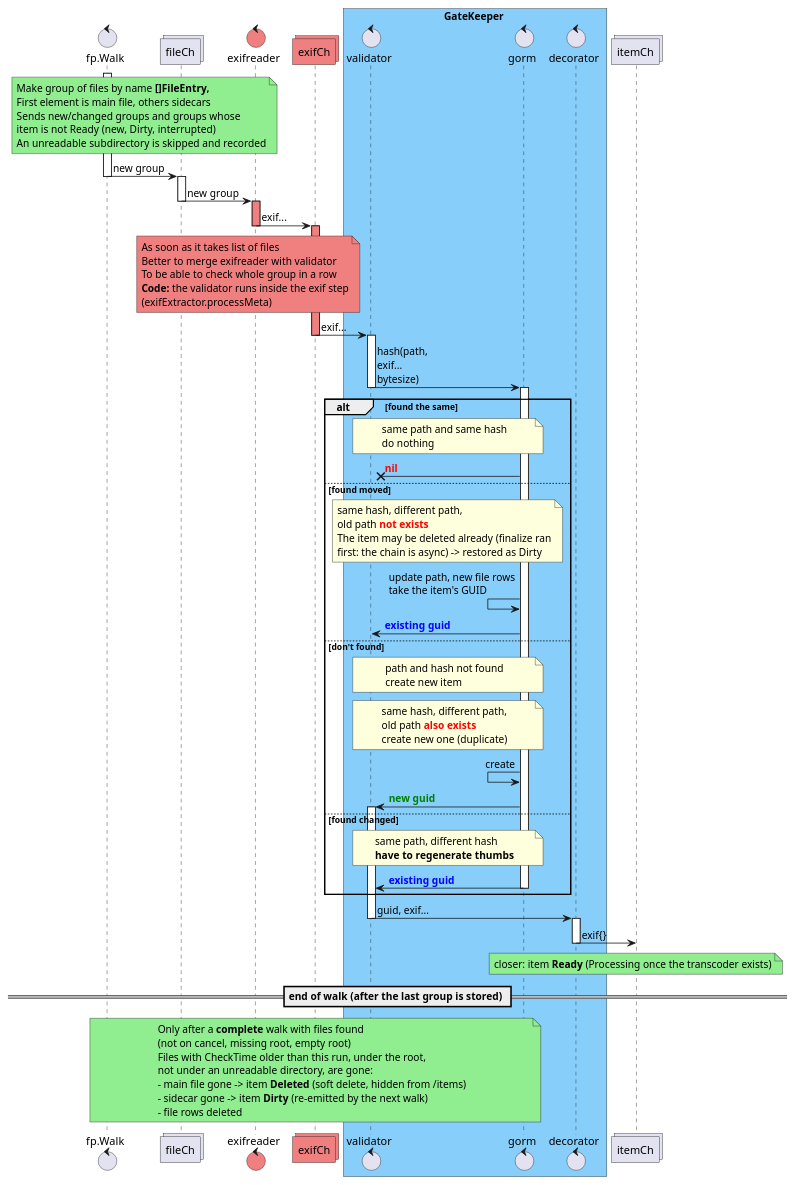
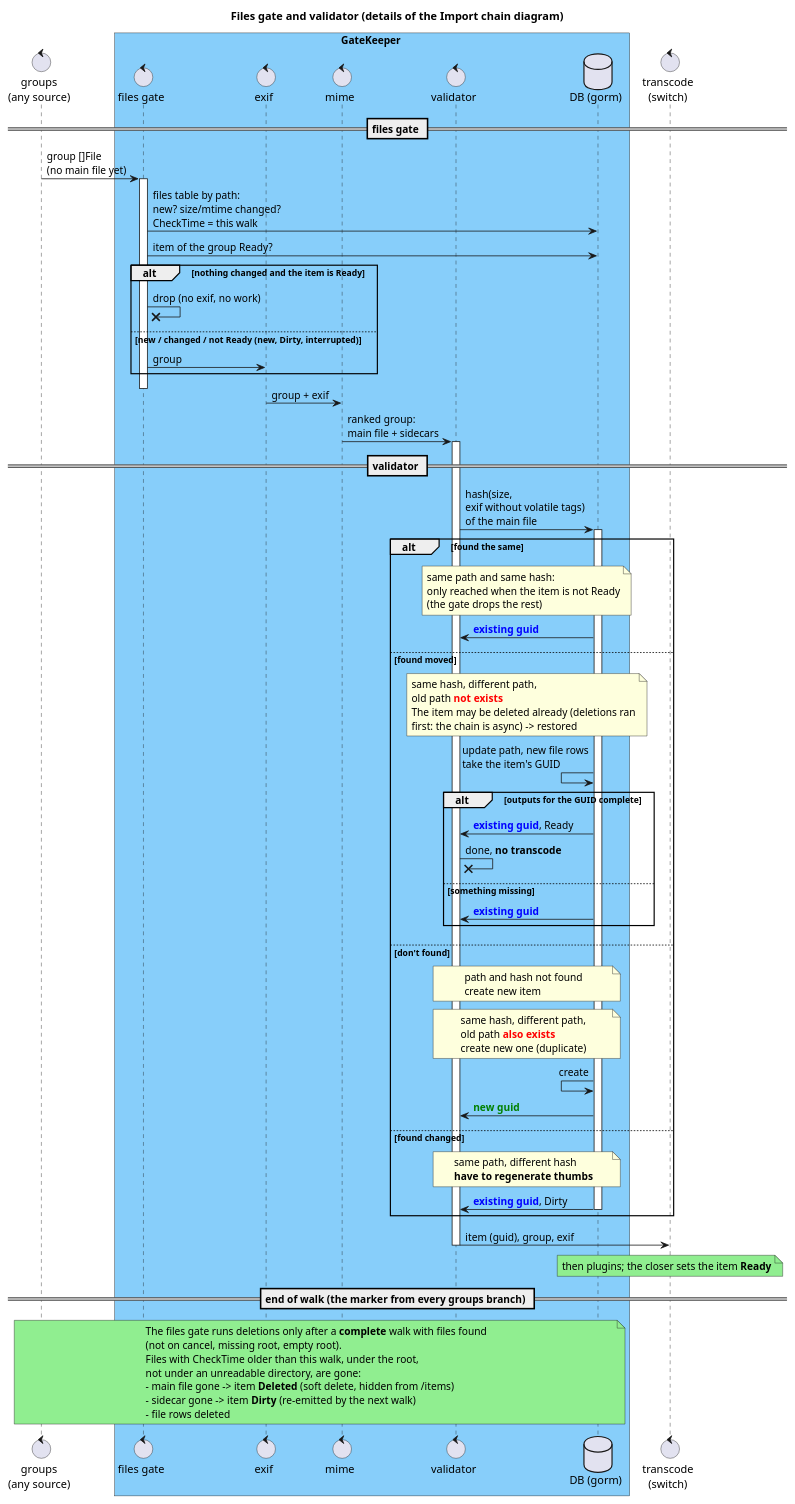
The diagram in _sb/puml/Walker.puml (eggs-gd/Perceptrail), drawn with PlantUML before and after one commit. The commit also changed 4 other files, not shown here.

Commit message:
design: import chain as small steps (Import chain.puml), gate/validator details, roadmap C1–C7

```diff
--- a/_sb/puml/Walker.puml
+++ b/_sb/puml/Walker.puml
@@ -1,106 +1,100 @@
 @startuml Walker and validating
 
-control fp.Walk
-collections fileCh
+!pragma teoz true
 
-control exifreader #LightCoral
-collections exifCh #LightCoral
+title Files gate and validator (details of the Import chain diagram)
 
+control "groups\n(any source)" as Groups
 box GateKeeper #LightSkyBlue
-control validator
-control gorm
-control decorator
+control "files gate" as Gate
+control "exif" as Exif
+control "mime" as Mime
+control "validator" as Validator
+database "DB (gorm)" as DB
 end box
-collections itemCh
+control "transcode\n(switch)" as Transcode
 
+== files gate ==
 
-activate fp.Walk
-note over fp.Walk, fileCh #LightGreen
-Make group of files by name <b>[]FileEntry,
-First element is main file, others sidecars
-Sends new/changed groups and groups whose
-item is not Ready (new, Dirty, interrupted)
-An unreadable subdirectory is skipped and recorded
-end note
-fp.Walk -> fileCh: new group
-deactivate fp.Walk
-activate fileCh
-fileCh -> exifreader: new group
-deactivate fileCh
-activate exifreader #LightCoral
-exifreader -> exifCh: exif...
-note over fileCh, exifCh #LightCoral
-As soon as it takes list of files
-Better to merge exifreader with validator
-To be able to check whole group in a row
-<b>Code:</b> the validator runs inside the exif step
-(exifExtractor.processMeta)
-end note
-deactivate exifreader
-activate exifCh #LightCoral
-exifCh -> validator: exif...
-deactivate exifCh
-activate validator
+Groups -> Gate: group []File\n(no main file yet)
+activate Gate
+Gate -> DB: files table by path:\nnew? size/mtime changed?\nCheckTime = this walk
+Gate -> DB: item of the group Ready?
+alt nothing changed and the item is Ready
+    Gate ->x Gate: drop (no exif, no work)
+else new / changed / not Ready (new, Dirty, interrupted)
+    Gate -> Exif: group
+end
+deactivate Gate
 
-validator -> gorm: hash(path,\nexif...\nbytesize)
-deactivate validator
-activate gorm
+Exif -> Mime: group + exif
+Mime -> Validator: ranked group:\nmain file + sidecars
+activate Validator
+
+== validator ==
+
+Validator -> DB: hash(size,\nexif without volatile tags)\nof the main file
+activate DB
 
 alt found the same
-    note over validator, gorm: same path and same hash\ndo nothing
-    gorm ->x validator: <font color=red><b>nil
+    note over Validator, DB
+    same path and same hash:
+    only reached when the item is not Ready
+    (the gate drops the rest)
+    end note
+    DB -> Validator: <font color=blue><b>existing guid
 
 else found moved
-    note over validator, gorm
+    note over Validator, DB
     same hash, different path,
     old path <b><font color=red>not exists
-    The item may be deleted already (finalize ran
-    first: the chain is async) -> restored as Dirty
+    The item may be deleted already (deletions ran
+    first: the chain is async) -> restored
     end note
-    gorm <- gorm: update path, new file rows\ntake the item's GUID
-    gorm -> validator: <font color=blue><b>existing guid
+    DB <- DB: update path, new file rows\ntake the item's GUID
+    alt outputs for the GUID complete
+        DB -> Validator: <font color=blue><b>existing guid</b></font>, Ready
+        Validator ->x Validator: done, <b>no transcode
+    else something missing
+        DB -> Validator: <font color=blue><b>existing guid
+    end
 
 else don't found
-    note over validator, gorm
+    note over Validator, DB
     path and hash not found
     create new item
     end note
-    note over validator, gorm
+    note over Validator, DB
     same hash, different path,
     old path <b><font color=red>also exists
     create new one (duplicate)
     end note
-    gorm <- gorm: create
-    gorm -> validator: <font color=green><b>new guid
-    activate validator
+    DB <- DB: create
+    DB -> Validator: <font color=green><b>new guid
 
 else found changed
-    note over validator, gorm
+    note over Validator, DB
     same path, different hash
     <b>have to regenerate thumbs
     end note
-    gorm -> validator: <font color=blue><b>existing guid
-    deactivate gorm
-
+    DB -> Validator: <font color=blue><b>existing guid</b></font>, Dirty
+    deactivate DB
 end
 
-validator -> decorator: guid, exif...
-deactivate validator
-activate decorator
-decorator -> itemCh: exif{} 
-deactivate decorator
-note over itemCh #LightGreen: closer: item <b>Ready</b> (Processing once the transcoder exists)
+Validator -> Transcode: item (guid), group, exif
+deactivate Validator
+note over Transcode #LightGreen: then plugins; the closer sets the item <b>Ready</b>
 
-== end of walk (after the last group is stored) ==
+== end of walk (the marker from every groups branch) ==
 
-note over fp.Walk, gorm #LightGreen
-Only after a <b>complete</b> walk with files found
-(not on cancel, missing root, empty root)
-Files with CheckTime older than this run, under the root,
+note over Groups, DB #LightGreen
+The files gate runs deletions only after a <b>complete</b> walk with files found
+(not on cancel, missing root, empty root).
+Files with CheckTime older than this walk, under the root,
 not under an unreadable directory, are gone:
 - main file gone -> item <b>Deleted</b> (soft delete, hidden from /items)
 - sidecar gone -> item <b>Dirty</b> (re-emitted by the next walk)
 - file rows deleted
 end note
 
 @enduml
```
